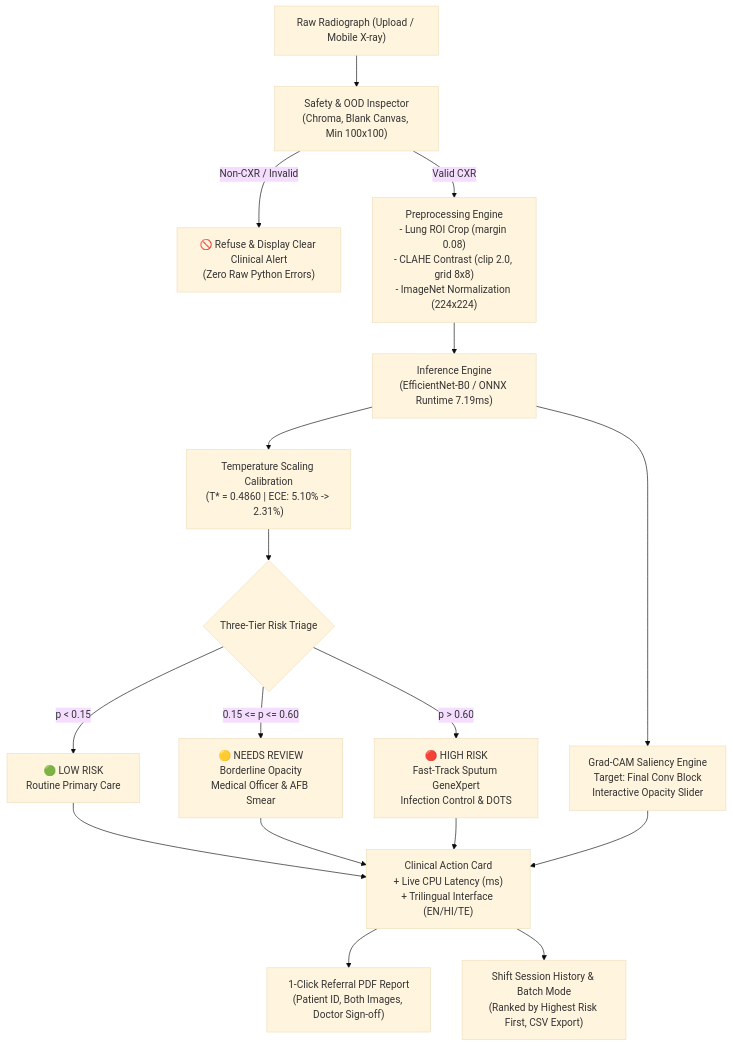
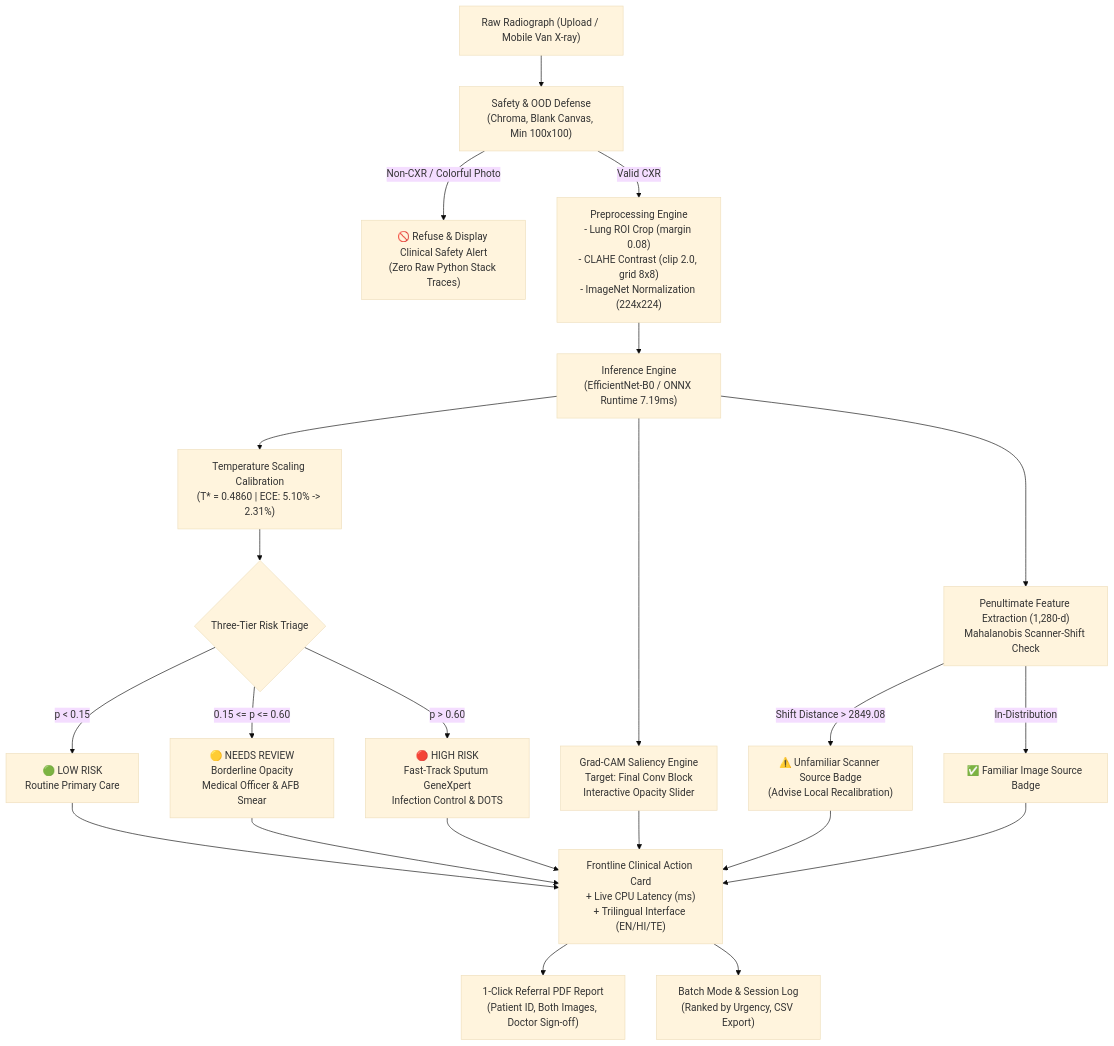
One commit to meowhuriya/tb-screen-ai changed the diagram in README.md. Above: the diagram before and after it, drawn with Mermaid (base theme). The commit also changed other lines of this file and 10 other files, not shown here.

````diff
--- a/README.md
+++ b/README.md
@@ -103,16 +92,19 @@
 ```mermaid
 flowchart TD
-    A["Raw Radiograph (Upload / Mobile X-ray)"] --> B["Safety & OOD Inspector\n(Chroma, Blank Canvas, Min 100x100)"]
-    B -->|Non-CXR / Invalid| B_Err["🚫 Refuse & Display Clear Clinical Alert\n(Zero Raw Python Errors)"]
+    A["Raw Radiograph (Upload / Mobile Van X-ray)"] --> B["Safety & OOD Defense\n(Chroma, Blank Canvas, Min 100x100)"]
+    B -->|Non-CXR / Colorful Photo| B_Err["🚫 Refuse & Display Clinical Safety Alert\n(Zero Raw Python Stack Traces)"]
     B -->|Valid CXR| C["Preprocessing Engine\n- Lung ROI Crop (margin 0.08)\n- CLAHE Contrast (clip 2.0, grid 8x8)\n- ImageNet Normalization (224x224)"]
     C --> D["Inference Engine\n(EfficientNet-B0 / ONNX Runtime 7.19ms)"]
-    D --> E["Temperature Scaling Calibration\n(T* = 0.4860 | ECE: 5.10% -> 2.31%)"]
-    E --> F{"Three-Tier Risk Triage"}
-    F -->|p < 0.15| G["🟢 LOW RISK\nRoutine Primary Care"]
-    F -->|0.15 <= p <= 0.60| H["🟡 NEEDS REVIEW\nBorderline Opacity\nMedical Officer & AFB Smear"]
-    F -->|p > 0.60| I["🔴 HIGH RISK\nFast-Track Sputum GeneXpert\nInfection Control & DOTS"]
-    D --> J["Grad-CAM Saliency Engine\nTarget: Final Conv Block\nInteractive Opacity Slider"]
-    G & H & I & J --> K["Clinical Action Card\n+ Live CPU Latency (ms)\n+ Trilingual Interface (EN/HI/TE)"]
-    K --> L["1-Click Referral PDF Report\n(Patient ID, Both Images, Doctor Sign-off)"]
-    K --> M["Shift Session History & Batch Mode\n(Ranked by Highest Risk First, CSV Export)"]
+    D --> E["Penultimate Feature Extraction (1,280-d)\nMahalanobis Scanner-Shift Check"]
+    E -->|Shift Distance > 2849.08| E_Warn["⚠️ Unfamiliar Scanner Source Badge\n(Advise Local Recalibration)"]
+    E -->|In-Distribution| E_Ok["✅ Familiar Image Source Badge"]
+    D --> F["Temperature Scaling Calibration\n(T* = 0.4860 | ECE: 5.10% -> 2.31%)"]
+    F --> G{"Three-Tier Risk Triage"}
+    G -->|p < 0.15| H["🟢 LOW RISK\nRoutine Primary Care"]
+    G -->|0.15 <= p <= 0.60| I["🟡 NEEDS REVIEW\nBorderline Opacity\nMedical Officer & AFB Smear"]
+    G -->|p > 0.60| J["🔴 HIGH RISK\nFast-Track Sputum GeneXpert\nInfection Control & DOTS"]
+    D --> K["Grad-CAM Saliency Engine\nTarget: Final Conv Block\nInteractive Opacity Slider"]
+    H & I & J & K & E_Warn & E_Ok --> L["Frontline Clinical Action Card\n+ Live CPU Latency (ms)\n+ Trilingual Interface (EN/HI/TE)"]
+    L --> M["1-Click Referral PDF Report\n(Patient ID, Both Images, Doctor Sign-off)"]
+    L --> N["Batch Mode & Session Log\n(Ranked by Urgency, CSV Export)"]
 ```
````
